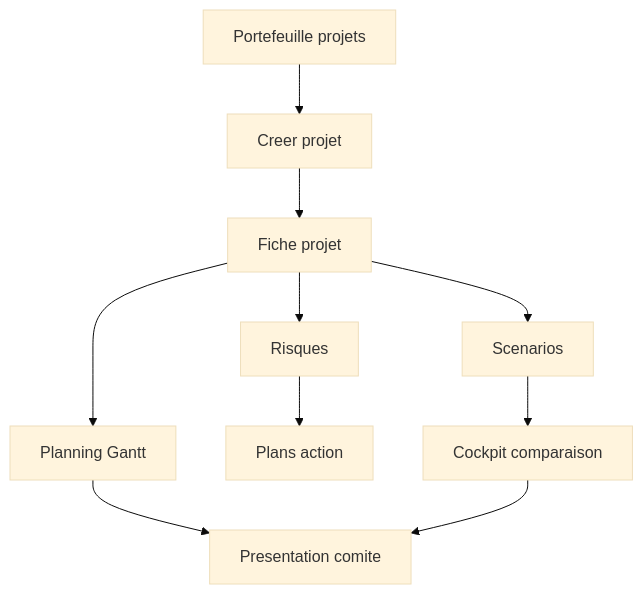
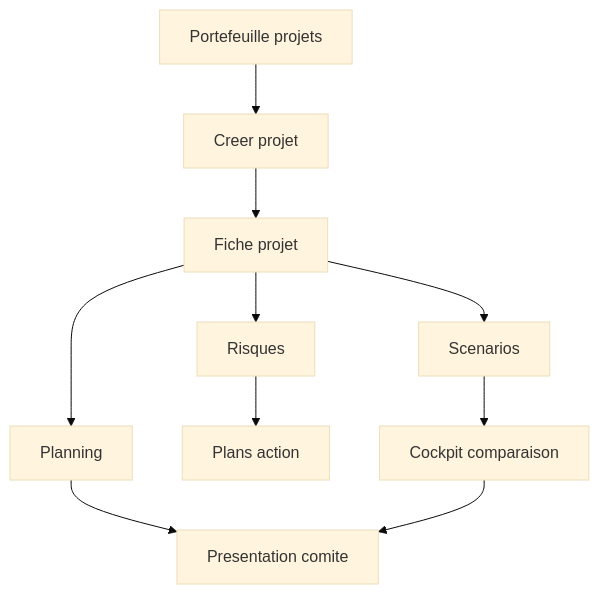
The first of 3 diagrams in docs/MANUEL-40-PROJETS-RISQUES-ACTIONS.md (StephaneAtlani/starium-Orchestra), drawn with Mermaid (base theme) before and after one commit. The commit also changed other lines of this file and 32 other files, not shown here.

First line of the commit message:
feat(gantt): enhance Gantt chart components and styling for improved project planning

````diff
--- a/docs/MANUEL-40-PROJETS-RISQUES-ACTIONS.md
+++ b/docs/MANUEL-40-PROJETS-RISQUES-ACTIONS.md
@@ -28,12 +28,12 @@
 ```mermaid
 flowchart TD
 start[Portefeuille projets] --> createProject[Creer projet]
 createProject --> projectSheet[Fiche projet]
-projectSheet --> planning[Planning Gantt]
+projectSheet --> planning[Planning]
 projectSheet --> risks[Risques]
 projectSheet --> scenarios[Scenarios]
 risks --> actionPlans[Plans action]
 scenarios --> scenarioCockpit[Cockpit comparaison]
 planning --> steering[Presentation comite]
 scenarioCockpit --> steering
 ```
````
